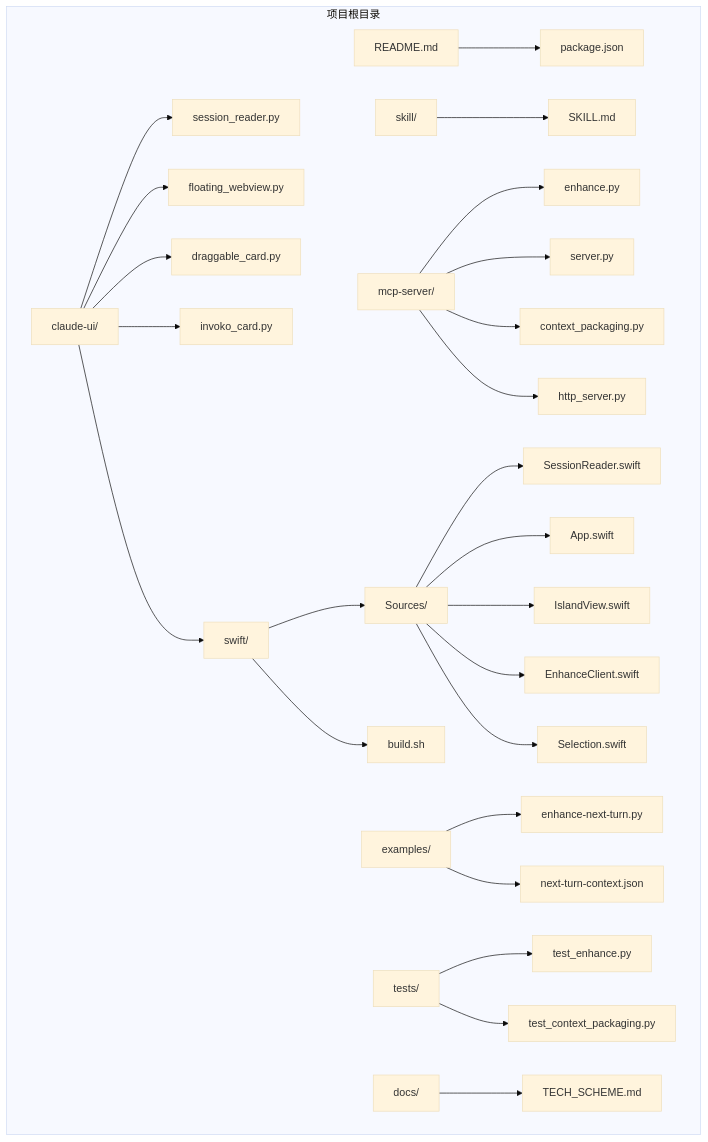
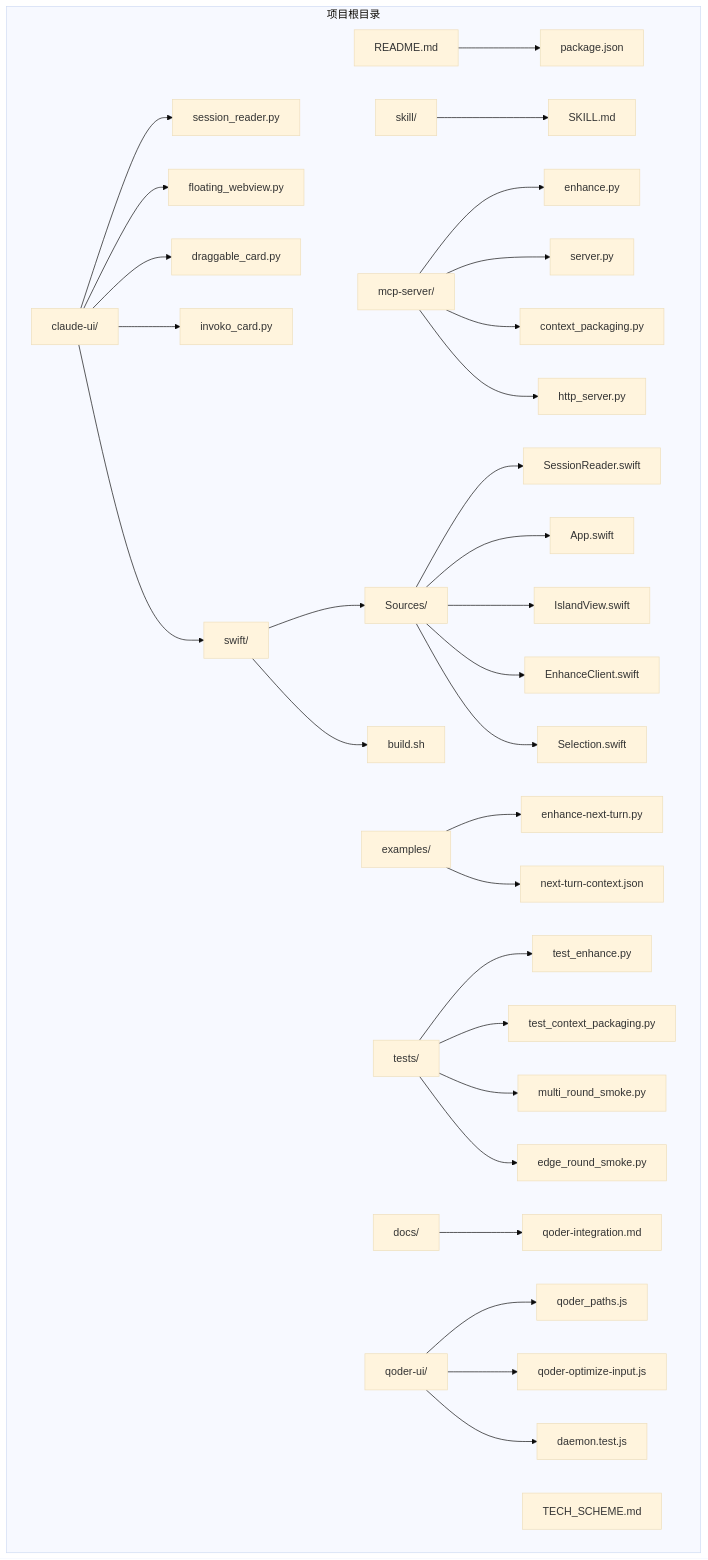
Before and after one commit to WyRainBow/PromptCocoPilot: the first of 33 diagrams in .qoder/repowiki/zh/content/核心架构/会话管理系统.md, drawn with Mermaid (base theme). The commit also changed other lines of this file and 134 other files, not shown here.

````diff
--- a/.qoder/repowiki/zh/content/核心架构/会话管理系统.md
+++ b/.qoder/repowiki/zh/content/核心架构/会话管理系统.md
@@ -70,27 +79,33 @@
 ```mermaid
 graph TB
 subgraph "项目根目录"
 A[README.md] --> B[package.json]
 C[skill/] --> D[SKILL.md]
 E[mcp-server/] --> F[enhance.py]
 E --> G[server.py]
 E --> H[context_packaging.py]
 E --> I[http_server.py]
 J[claude-ui/] --> K[session_reader.py]
 J --> L[floating_webview.py]
 J --> M[draggable_card.py]
 J --> N[invoko_card.py]
 J --> O[swift/] --> P[Sources/]
 P --> Q[SessionReader.swift]
 P --> R[App.swift]
 P --> S[IslandView.swift]
 P --> T[EnhanceClient.swift]
 P --> U[Selection.swift]
 O --> V[build.sh]
 W[examples/] --> X[enhance-next-turn.py]
 W --> Y[next-turn-context.json]
 Z[tests/] --> AA[test_enhance.py]
 Z --> AB[test_context_packaging.py]
-AC[docs/] --> AD[TECH_SCHEME.md]
+Z --> AC[multi_round_smoke.py]
+Z --> AD[edge_round_smoke.py]
+AE[docs/] --> AF[qoder-integration.md]
+AG[qoder-ui/] --> AH[qoder_paths.js]
+AG --> AI[qoder-optimize-input.js]
+AG --> AJ[daemon.test.js]
+AK[TECH_SCHEME.md]
 end
 ```
````
